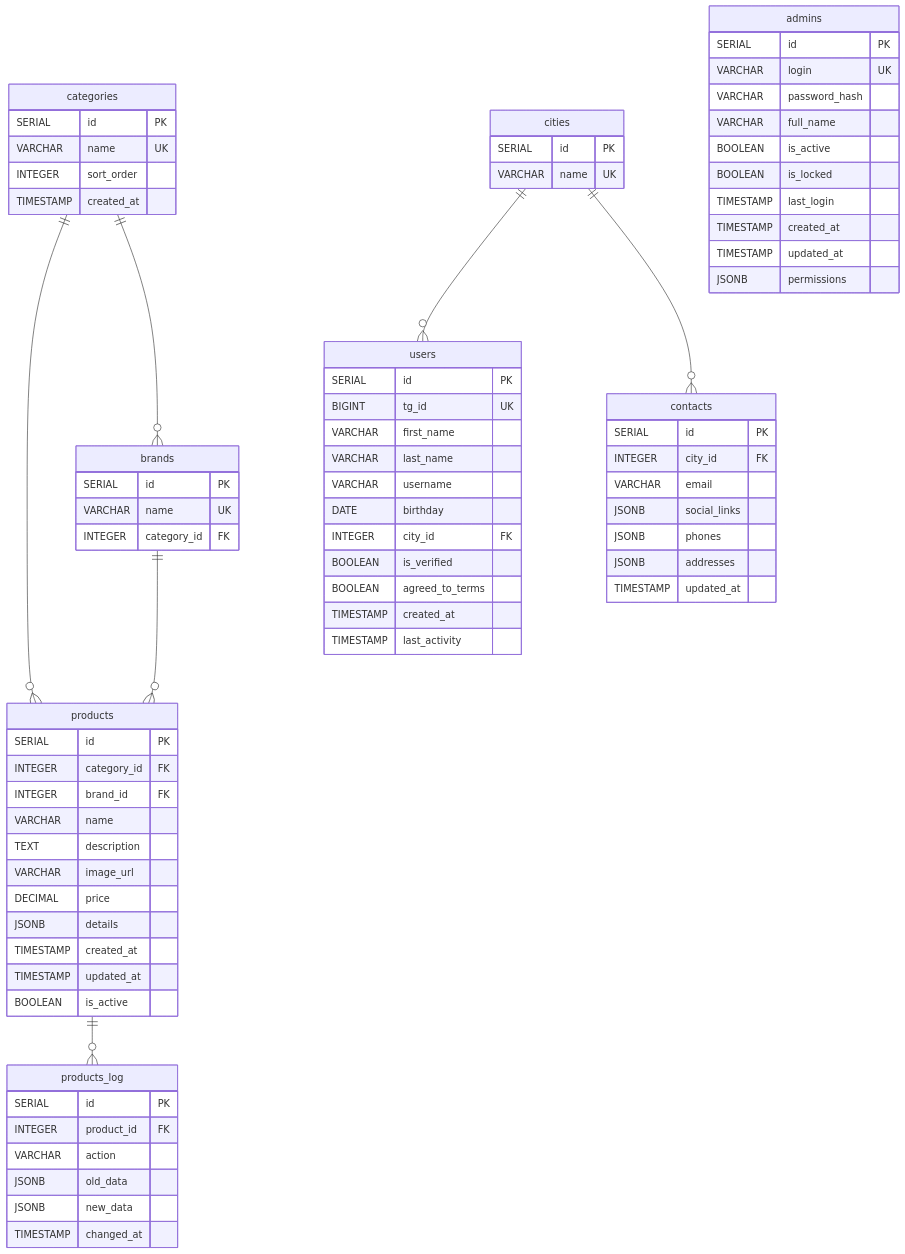
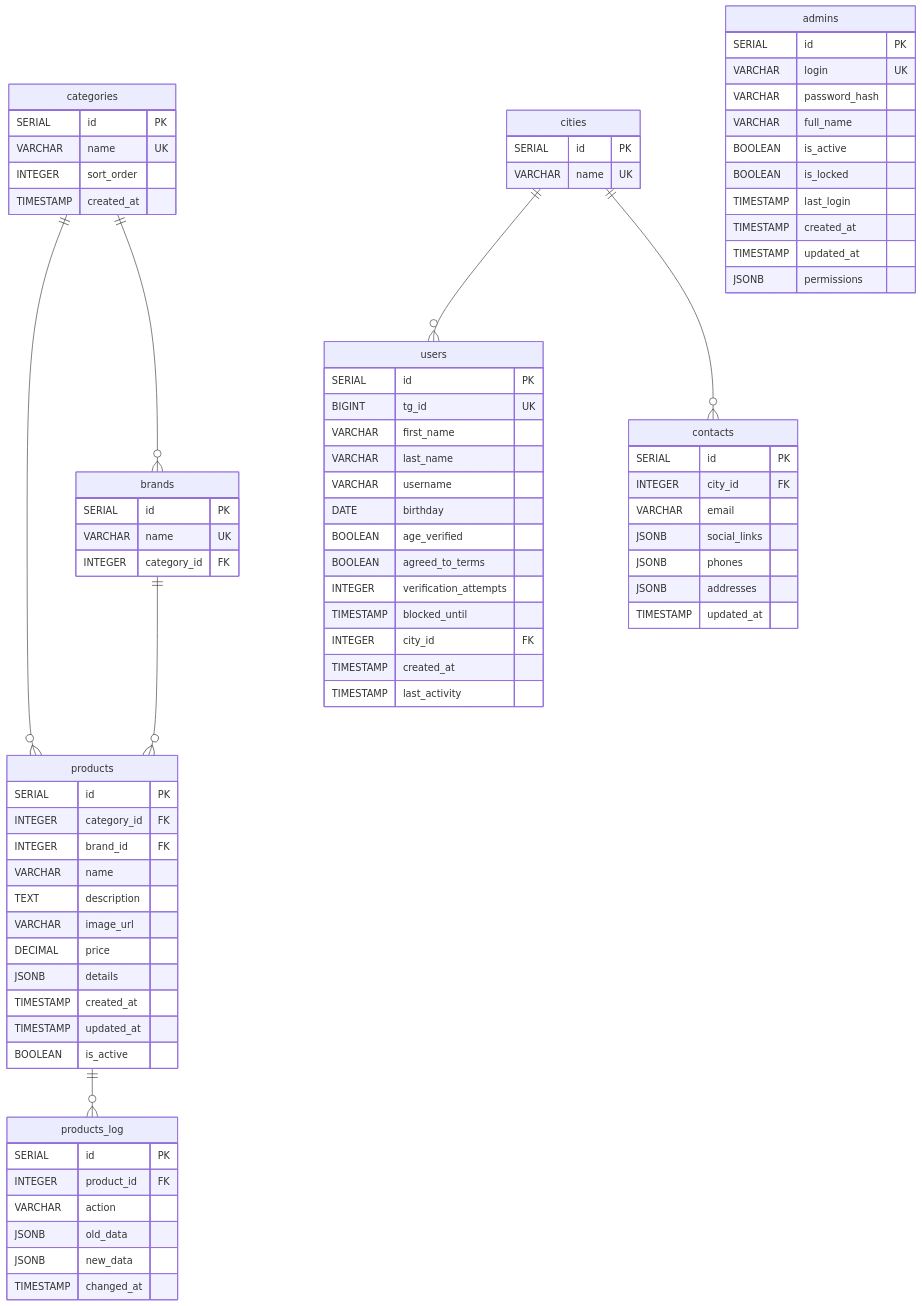
One commit to packymapy/Telegram-bot-Est-che- changed the first of 3 diagrams in interconnection_logic.md. Above: the diagram before and after it, drawn with Mermaid.

```diff
--- a/interconnection_logic.md
+++ b/interconnection_logic.md
@@ -59,9 +59,11 @@
         VARCHAR last_name
         VARCHAR username
         DATE birthday
+        BOOLEAN age_verified
+        BOOLEAN agreed_to_terms
+        INTEGER verification_attempts
+        TIMESTAMP blocked_until
         INTEGER city_id FK
-        BOOLEAN is_verified
-        BOOLEAN agreed_to_terms
         TIMESTAMP created_at
         TIMESTAMP last_activity
     }
```
